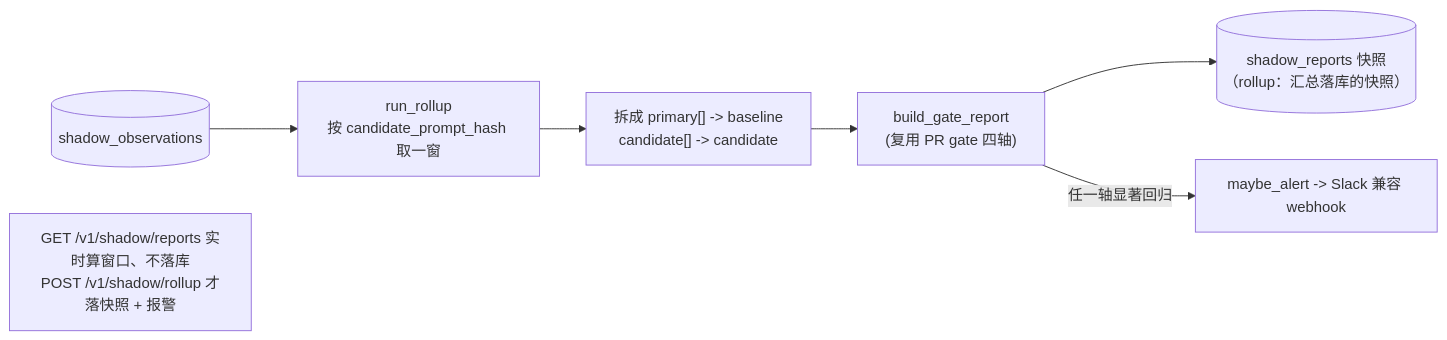
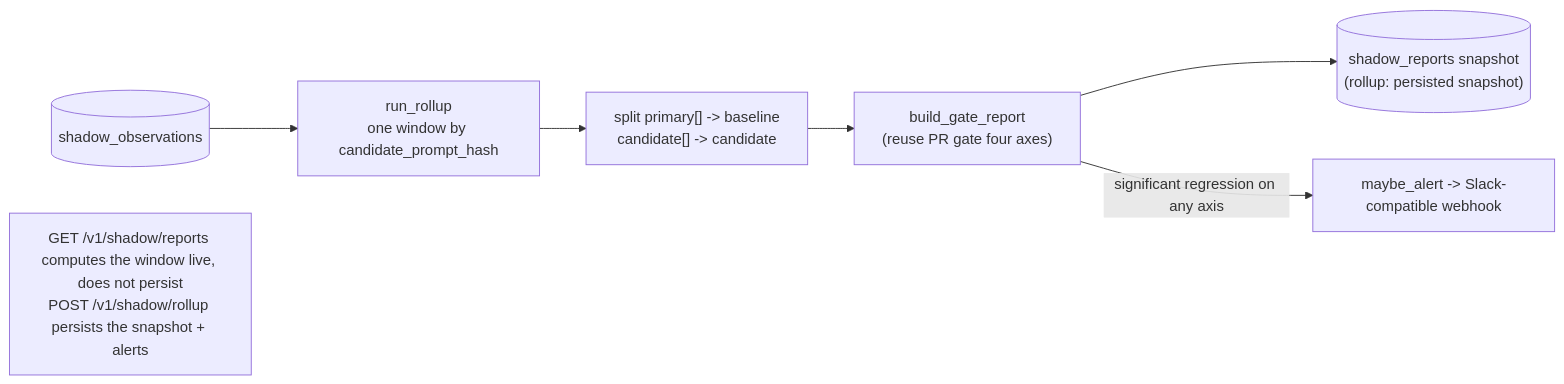
Before and after one commit to AndyUneducated/eval-gate: the second of 2 diagrams in docs/PHASE_13_PLAN.md, drawn with Mermaid. The commit also changed other lines of this file and 22 other files, not shown here.

````diff
--- a/docs/PHASE_13_PLAN.md
+++ b/docs/PHASE_13_PLAN.md
@@ -43,9 +43,9 @@
 ```mermaid
 flowchart LR
-  DB[("shadow_observations")] --> Rollup["run_rollup<br/>按 candidate_prompt_hash 取一窗"]
-  Rollup --> Split["拆成 primary[] -> baseline<br/>candidate[] -> candidate"]
-  Split --> Gate["build_gate_report<br/>(复用 PR gate 四轴)"]
-  Gate --> Rep[("shadow_reports 快照<br/>（rollup：汇总落库的快照）")]
-  Gate -->|"任一轴显著回归"| Alert["maybe_alert -> Slack 兼容 webhook"]
-  Note["GET /v1/shadow/reports 实时算窗口、不落库<br/>POST /v1/shadow/rollup 才落快照 + 报警"]
+  DB[("shadow_observations")] --> Rollup["run_rollup<br/>one window by candidate_prompt_hash"]
+  Rollup --> Split["split primary[] -> baseline<br/>candidate[] -> candidate"]
+  Split --> Gate["build_gate_report<br/>(reuse PR gate four axes)"]
+  Gate --> Rep[("shadow_reports snapshot<br/>(rollup: persisted snapshot)")]
+  Gate -->|"significant regression on any axis"| Alert["maybe_alert -> Slack-compatible webhook"]
+  Note["GET /v1/shadow/reports computes the window live, does not persist<br/>POST /v1/shadow/rollup persists the snapshot + alerts"]
 ```
````
